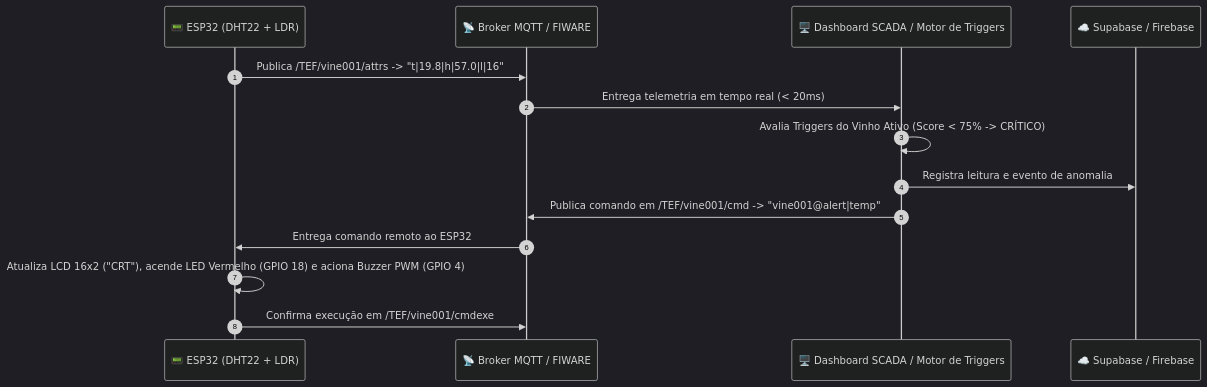
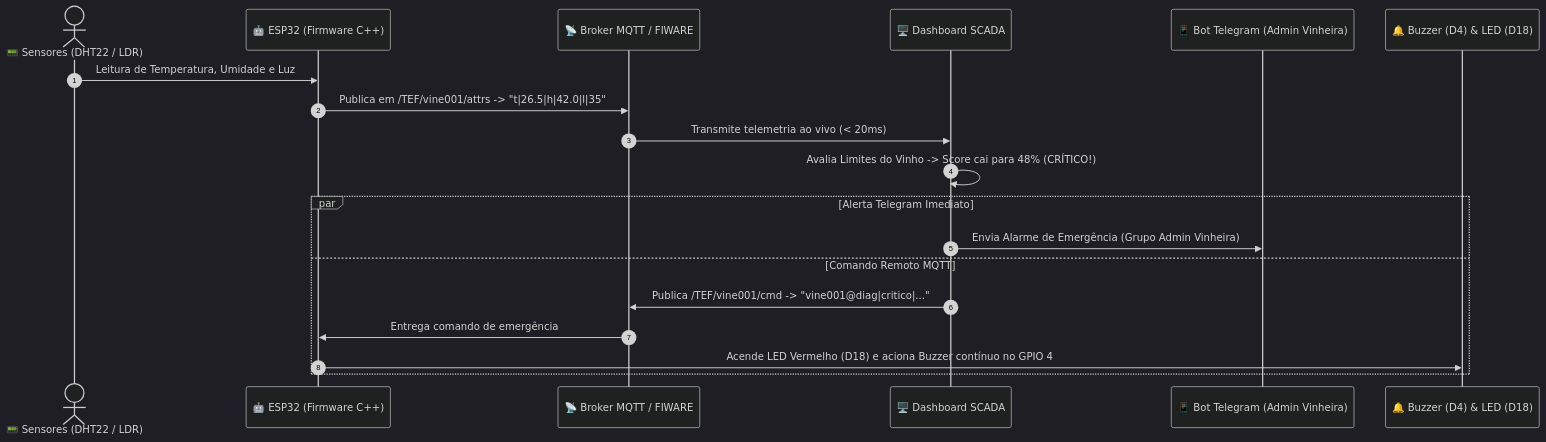
The second of 3 diagrams in README.md (ninixzzs/vinheria-agnello-cp5-nicolly-vilela), drawn with Mermaid (dark theme) before and after one commit. The commit also changed other lines of this file and 65 other files, not shown here.

Commit message:
feat(scada-esp32): sincronizar melhorias da equipe, presets modulares, telegram alerts e supabase

````diff
--- a/README.md
+++ b/README.md
@@ -130,17 +182,22 @@
 ```mermaid
 sequenceDiagram
     autonumber
-    participant ESP as 📟 ESP32 (DHT22 + LDR)
+    actor Sensor as 📟 Sensores (DHT22 / LDR)
+    participant ESP as 🤖 ESP32 (Firmware C++)
     participant Broker as 📡 Broker MQTT / FIWARE
-    participant Dash as 🖥️ Dashboard SCADA / Motor de Triggers
-    participant Cloud as ☁️ Supabase / Firebase
+    participant SCADA as 🖥️ Dashboard SCADA
+    participant Telegram as 📱 Bot Telegram (Admin Vinheira)
+    participant Actuator as 🔔 Buzzer (D4) & LED (D18)
 
-    ESP->>Broker: Publica /TEF/vine001/attrs -> "t|19.8|h|57.0|l|16"
-    Broker->>Dash: Entrega telemetria em tempo real (< 20ms)
-    Dash->>Dash: Avalia Triggers do Vinho Ativo (Score < 75% -> CRÍTICO)
-    Dash->>Cloud: Registra leitura e evento de anomalia
-    Dash->>Broker: Publica comando em /TEF/vine001/cmd -> "vine001@alert|temp"
-    Broker->>ESP: Entrega comando remoto ao ESP32
-    ESP->>ESP: Atualiza LCD 16x2 ("CRT"), acende LED Vermelho (GPIO 18) e aciona Buzzer PWM (GPIO 4)
-    ESP->>Broker: Confirma execução em /TEF/vine001/cmdexe
+    Sensor->>ESP: Leitura de Temperatura, Umidade e Luz
+    ESP->>Broker: Publica em /TEF/vine001/attrs -> "t|26.5|h|42.0|l|35"
+    Broker->>SCADA: Transmite telemetria ao vivo (< 20ms)
+    SCADA->>SCADA: Avalia Limites do Vinho -> Score cai para 48% (CRÍTICO!)
+    par Alerta Telegram Imediato
+        SCADA->>Telegram: Envia Alarme de Emergência (Grupo Admin Vinheira)
+    and Comando Remoto MQTT
+        SCADA->>Broker: Publica /TEF/vine001/cmd -> "vine001@diag|critico|..."
+        Broker->>ESP: Entrega comando de emergência
+        ESP->>Actuator: Acende LED Vermelho (D18) e aciona Buzzer contínuo no GPIO 4
+    end
 ```
````
